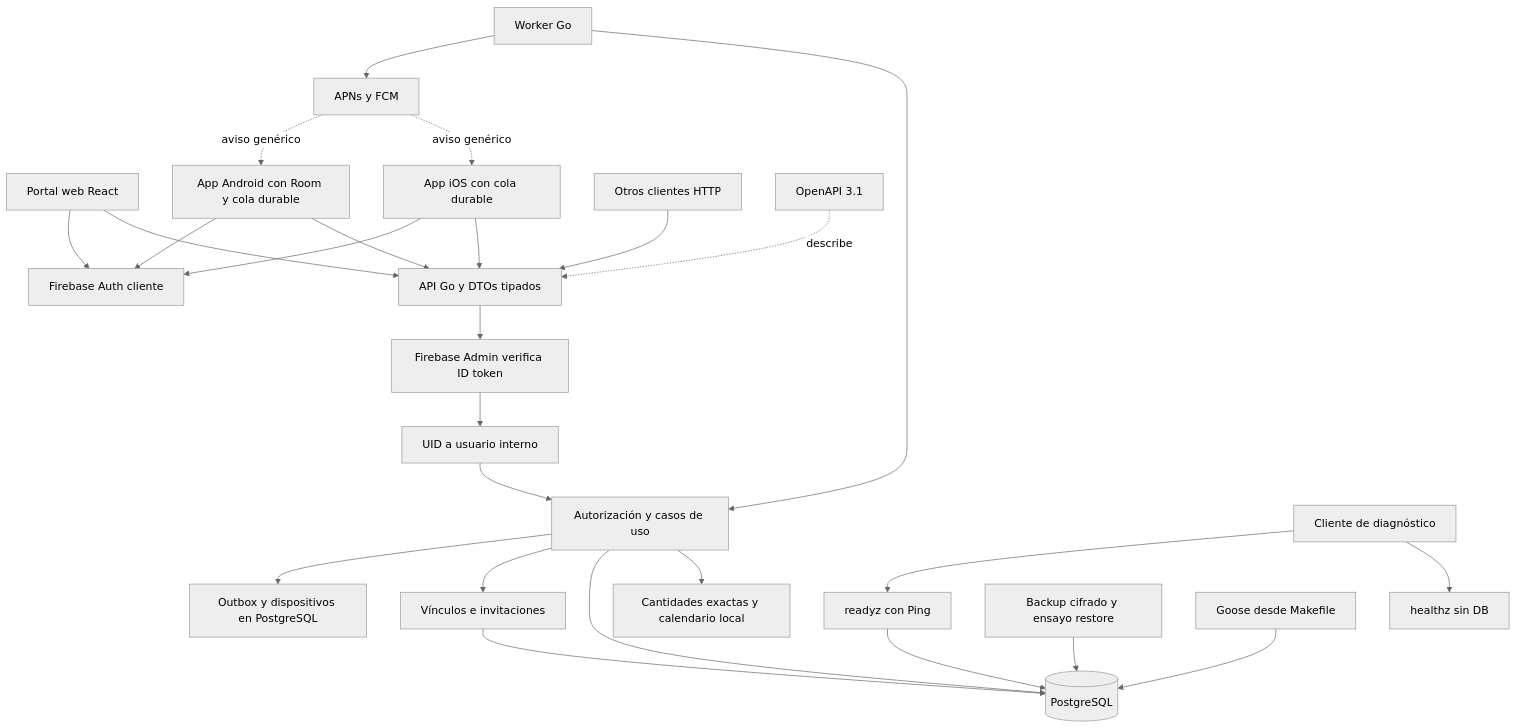
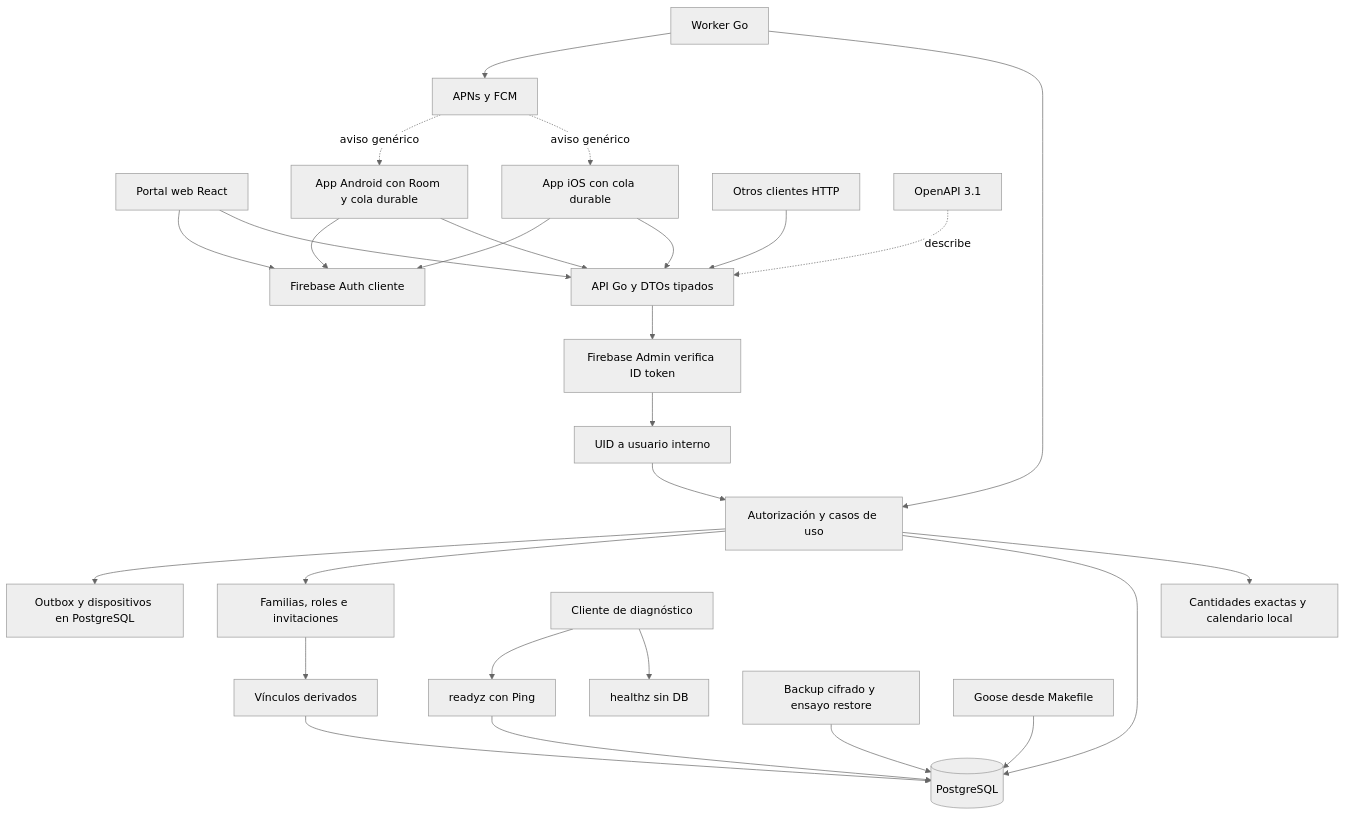
One commit to Nandem1/nndsk-medication-tracker changed the first of 4 diagrams in docs/00-home.md. Above: the diagram before and after it, drawn with Mermaid (neutral theme). The commit also changed other lines of this file and 30 other files, not shown here.

````diff
--- a/docs/00-home.md
+++ b/docs/00-home.md
@@ -5,28 +5,29 @@
 ```mermaid
 flowchart TB
     Web[Portal web React] --> HTTP[API Go y DTOs tipados]
     Web --> Login[Firebase Auth cliente]
     IOS[App iOS con cola durable] --> HTTP
     IOS --> Login
     Android[App Android con Room y cola durable] --> HTTP
     Android --> Login
     Client[Otros clientes HTTP] --> HTTP
     HTTP --> Identity[Firebase Admin verifica ID token]
     Identity --> User[UID a usuario interno]
     User --> UseCases[Autorización y casos de uso]
     UseCases --> Domain[Cantidades exactas y calendario local]
     UseCases --> DB[(PostgreSQL)]
-    UseCases --> Consent[Vínculos e invitaciones]
-    Consent --> DB
+    UseCases --> Families[Familias, roles e invitaciones]
+    Families --> Links[Vínculos derivados]
+    Links --> DB
     Probe[Cliente de diagnóstico] --> Health[healthz sin DB]
     Probe --> Ready[readyz con Ping]
     Ready --> DB
     Worker[Worker Go] --> UseCases
     UseCases --> Outbox[Outbox y dispositivos en PostgreSQL]
     Worker --> Push[APNs y FCM]
     Push -. aviso genérico .-> IOS
     Push -. aviso genérico .-> Android
     Backup[Backup cifrado y ensayo restore] --> DB
     Goose[Goose desde Makefile] --> DB
     Contract[OpenAPI 3.1] -. describe .-> HTTP
 ```
````
